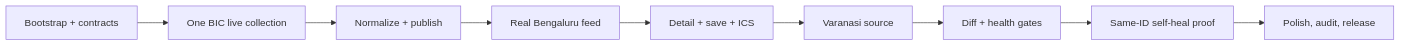
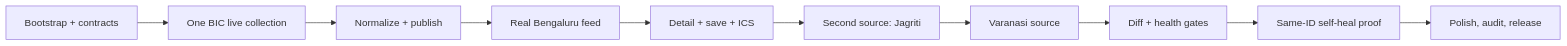
Before and after one commit to siiddhantt/baahar: the diagram in docs/EXECUTION.md, drawn with Mermaid. The commit also changed other lines of this file and 50 other files, not shown here.

Commit message:
feat: add verified Jagriti source and operator workflow

````diff
--- a/docs/EXECUTION.md
+++ b/docs/EXECUTION.md
@@ -42,11 +42,12 @@
 ```mermaid
 flowchart LR
     A["Bootstrap + contracts"] --> B["One BIC live collection"]
     B --> C["Normalize + publish"]
     C --> D["Real Bengaluru feed"]
     D --> E["Detail + save + ICS"]
-    E --> F["Varanasi source"]
-    F --> G["Diff + health gates"]
-    G --> H["Same-ID self-heal proof"]
-    H --> I["Polish, audit, release"]
+    E --> F["Second source: Jagriti"]
+    F --> G["Varanasi source"]
+    G --> H["Diff + health gates"]
+    H --> I["Same-ID self-heal proof"]
+    I --> J["Polish, audit, release"]
 ```
````
